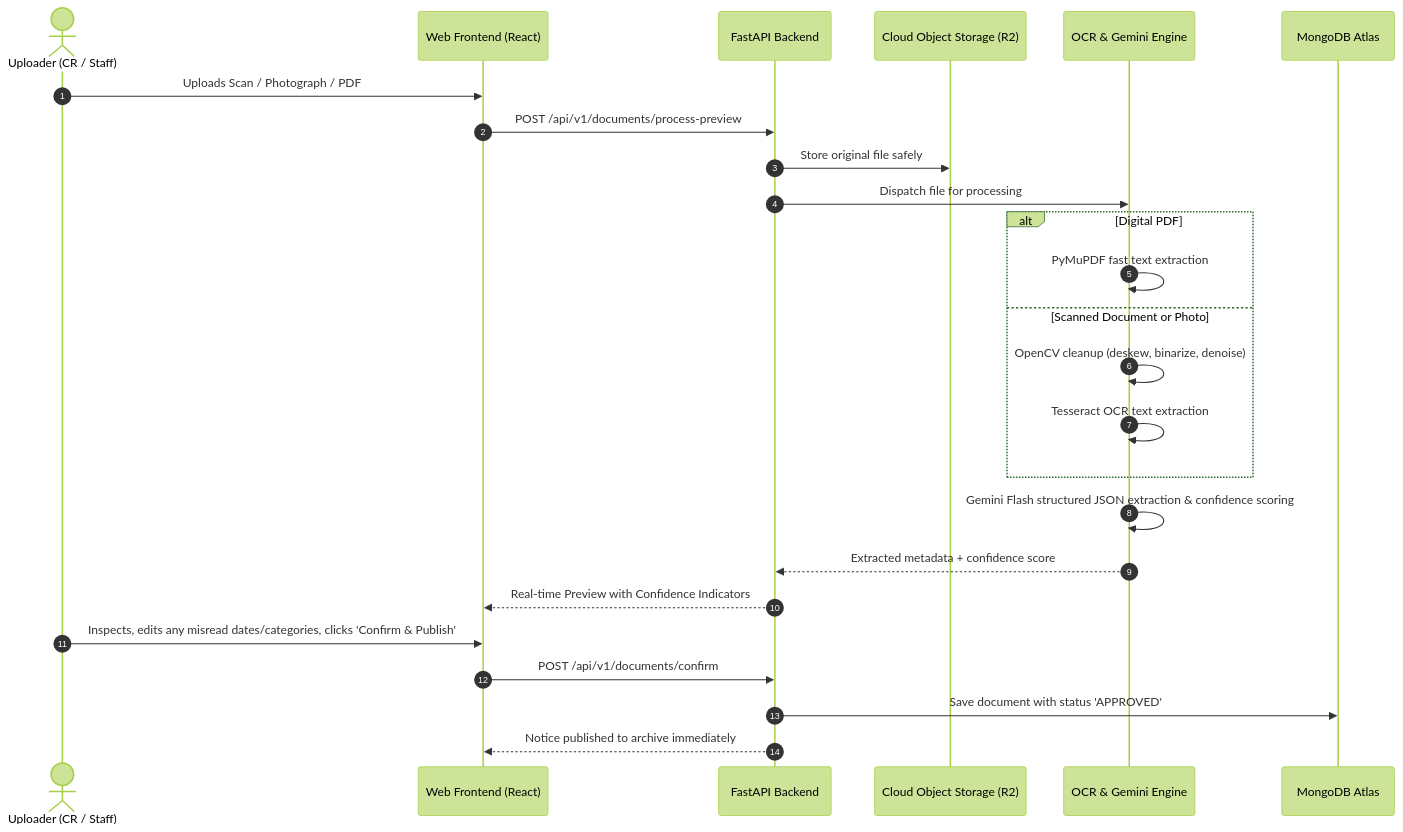
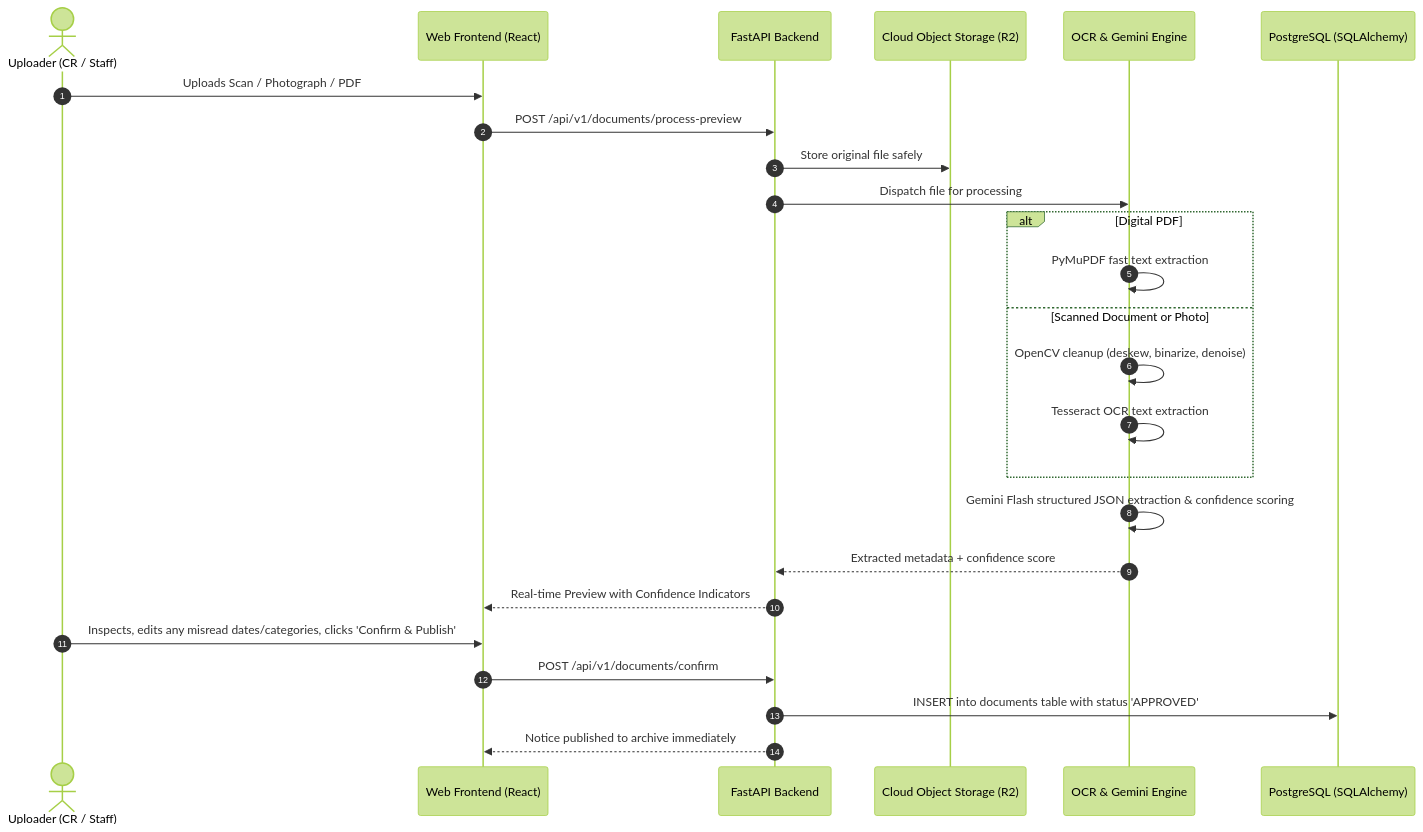
The second of 2 diagrams in documents & artifacts/PROJECT_PLAN_AND_ARCHITECTURE.md (AshfaqueSadad/IRIS-IUT-Repository-and-Information-System), drawn with Mermaid (forest theme) before and after one commit. The commit also changed other lines of this file and 16 other files, not shown here.

Commit message:
refactor(database): migrate from MongoDB to PostgreSQL with SQLAlchemy asyncpg and JSONB metadata

````diff
--- a/documents & artifacts/PROJECT_PLAN_AND_ARCHITECTURE.md
+++ b/documents & artifacts/PROJECT_PLAN_AND_ARCHITECTURE.md
@@ -133,31 +136,31 @@
 ```mermaid
 sequenceDiagram
     autonumber
     actor Uploader as Uploader (CR / Staff)
     participant Web as Web Frontend (React)
     participant API as FastAPI Backend
     participant Storage as Cloud Object Storage (R2)
     participant Pipeline as OCR & Gemini Engine
-    participant DB as MongoDB Atlas
+    participant DB as PostgreSQL (SQLAlchemy)
 
     Uploader->>Web: Uploads Scan / Photograph / PDF
     Web->>API: POST /api/v1/documents/process-preview
     API->>Storage: Store original file safely
     API->>Pipeline: Dispatch file for processing
     
     alt Digital PDF
         Pipeline->>Pipeline: PyMuPDF fast text extraction
     else Scanned Document or Photo
         Pipeline->>Pipeline: OpenCV cleanup (deskew, binarize, denoise)
         Pipeline->>Pipeline: Tesseract OCR text extraction
     end
 
     Pipeline->>Pipeline: Gemini Flash structured JSON extraction & confidence scoring
     Pipeline-->>API: Extracted metadata + confidence score
     API-->>Web: Real-time Preview with Confidence Indicators
     
     Uploader->>Web: Inspects, edits any misread dates/categories, clicks 'Confirm & Publish'
     Web->>API: POST /api/v1/documents/confirm
-    API->>DB: Save document with status 'APPROVED'
+    API->>DB: INSERT into documents table with status 'APPROVED'
     API-->>Web: Notice published to archive immediately
 ```
````
